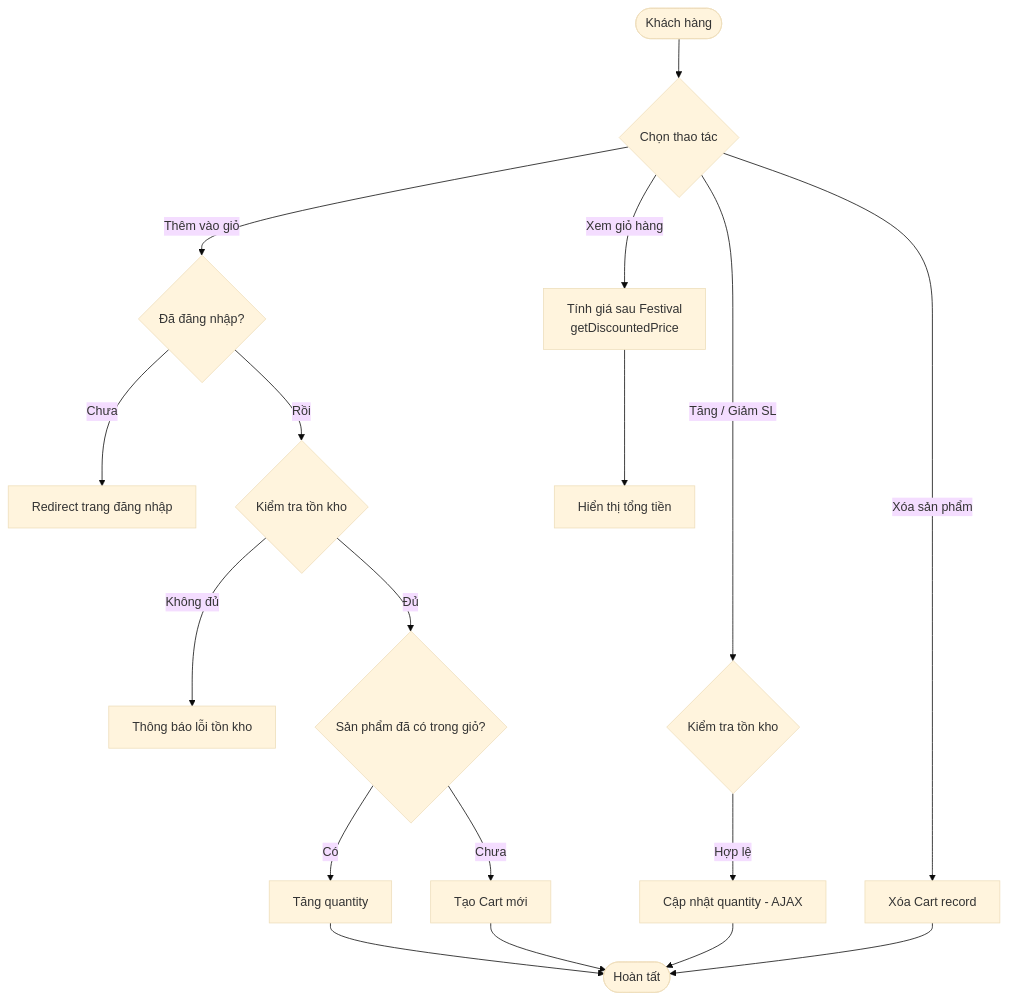
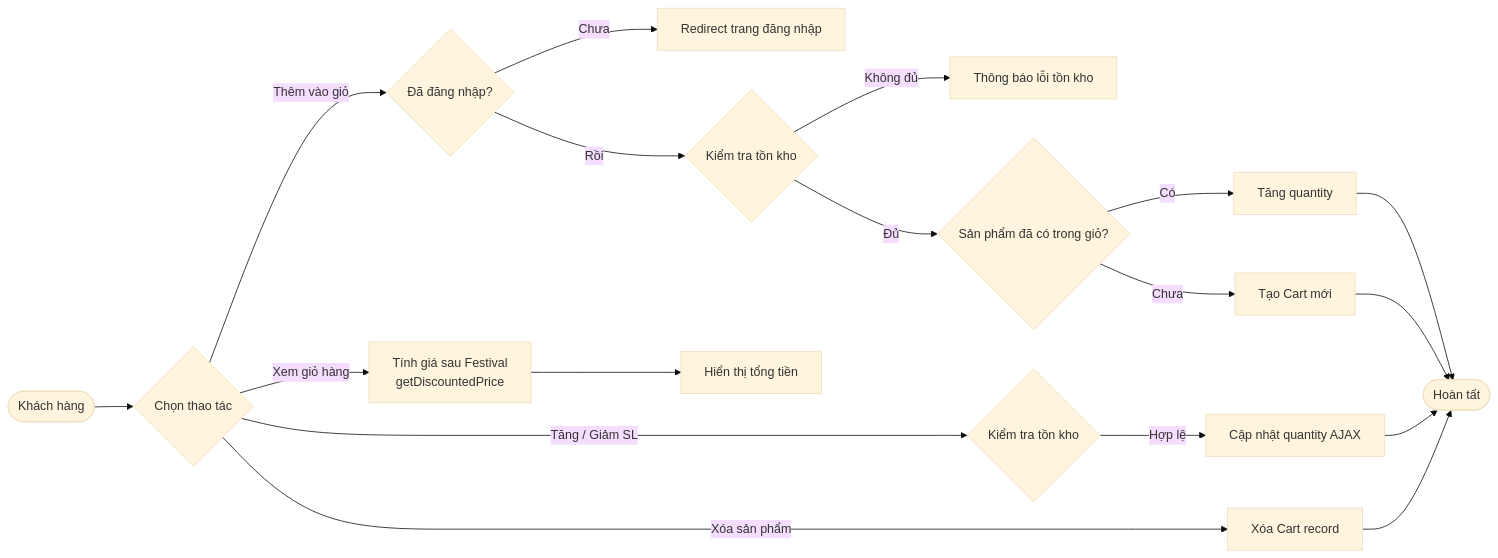
Before and after one commit to thien258/luanvantotnghiep: the seventh of 18 diagrams in app/Http/doc/diagrams.md, drawn with Mermaid (base theme). The commit also changed other lines of this file and 27 other files, not shown here.

````diff
--- a/app/Http/doc/diagrams.md
+++ b/app/Http/doc/diagrams.md
@@ -424,17 +220,17 @@
 ```mermaid
-flowchart TD
+flowchart LR
     A([Khách hàng]) --> B{Chọn thao tác}
     B -->|Thêm vào giỏ| C{Đã đăng nhập?}
     C -->|Chưa| D[Redirect trang đăng nhập]
     C -->|Rồi| E{Kiểm tra tồn kho}
     E -->|Không đủ| F[Thông báo lỗi tồn kho]
     E -->|Đủ| G{Sản phẩm đã có trong giỏ?}
     G -->|Có| H[Tăng quantity]
     G -->|Chưa| I[Tạo Cart mới]
     B -->|Tăng / Giảm SL| J{Kiểm tra tồn kho}
-    J -->|Hợp lệ| K[Cập nhật quantity - AJAX]
+    J -->|Hợp lệ| K[Cập nhật quantity AJAX]
     B -->|Xóa sản phẩm| L[Xóa Cart record]
     B -->|Xem giỏ hàng| M[Tính giá sau Festival\ngetDiscountedPrice]
     M --> N[Hiển thị tổng tiền]
     H & I & K & L --> O([Hoàn tất])
 ```
````
